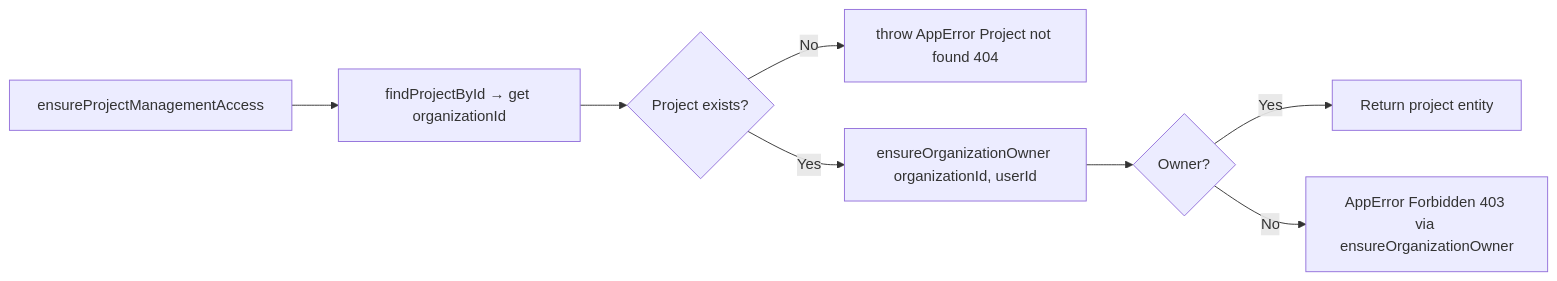
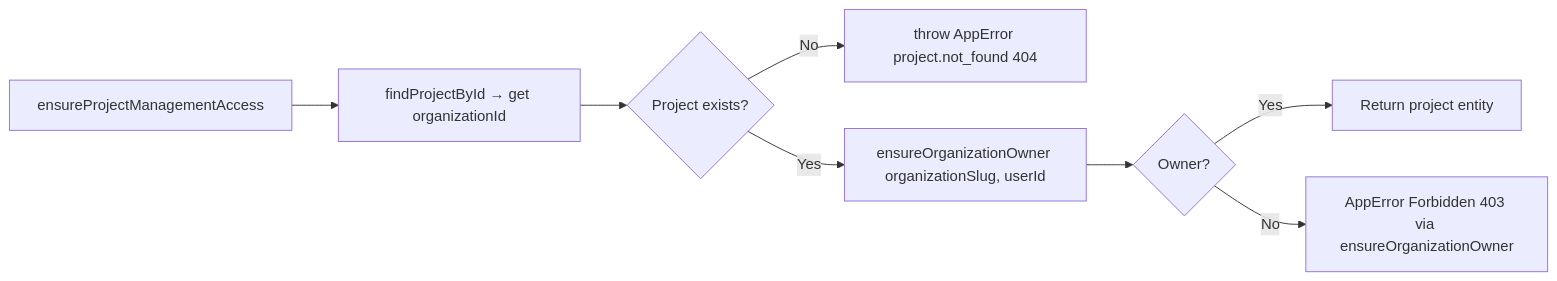
One commit to delok-dev/delok changed the fifth of 6 diagrams in backend/docs/backend/authorization.md. Above: the diagram before and after it, drawn with Mermaid. The commit also changed other lines of this file and 34 other files, not shown here.

````diff
--- a/backend/docs/backend/authorization.md
+++ b/backend/docs/backend/authorization.md
@@ -109,10 +113,10 @@
 ```mermaid
 flowchart LR
     A[ensureProjectManagementAccess] --> B[findProjectById → get organizationId]
     B --> C{Project exists?}
-    C -- No --> D[throw AppError Project not found 404]
-    C -- Yes --> E[ensureOrganizationOwner organizationId, userId]
+    C -- No --> D[throw AppError project.not_found 404]
+    C -- Yes --> E[ensureOrganizationOwner organizationSlug, userId]
     E --> F{Owner?}
     F -- Yes --> G[Return project entity]
     F -- No --> H[AppError Forbidden 403 via ensureOrganizationOwner]
 ```
````
